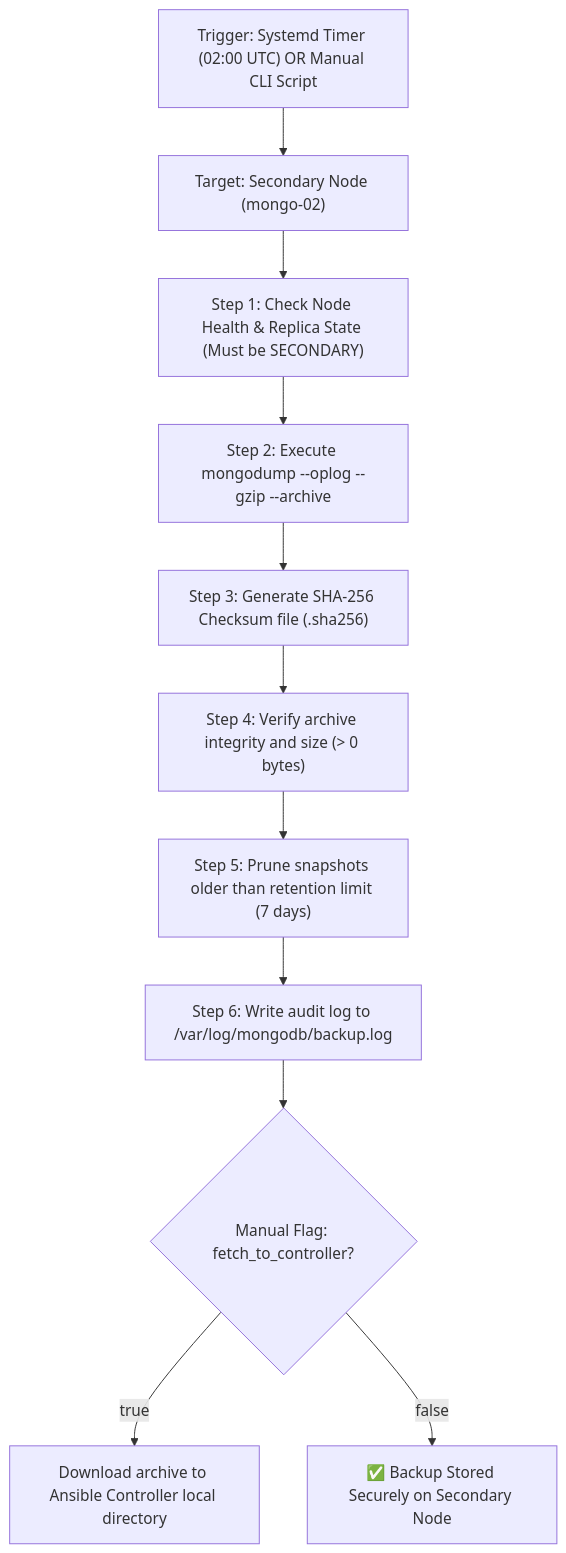
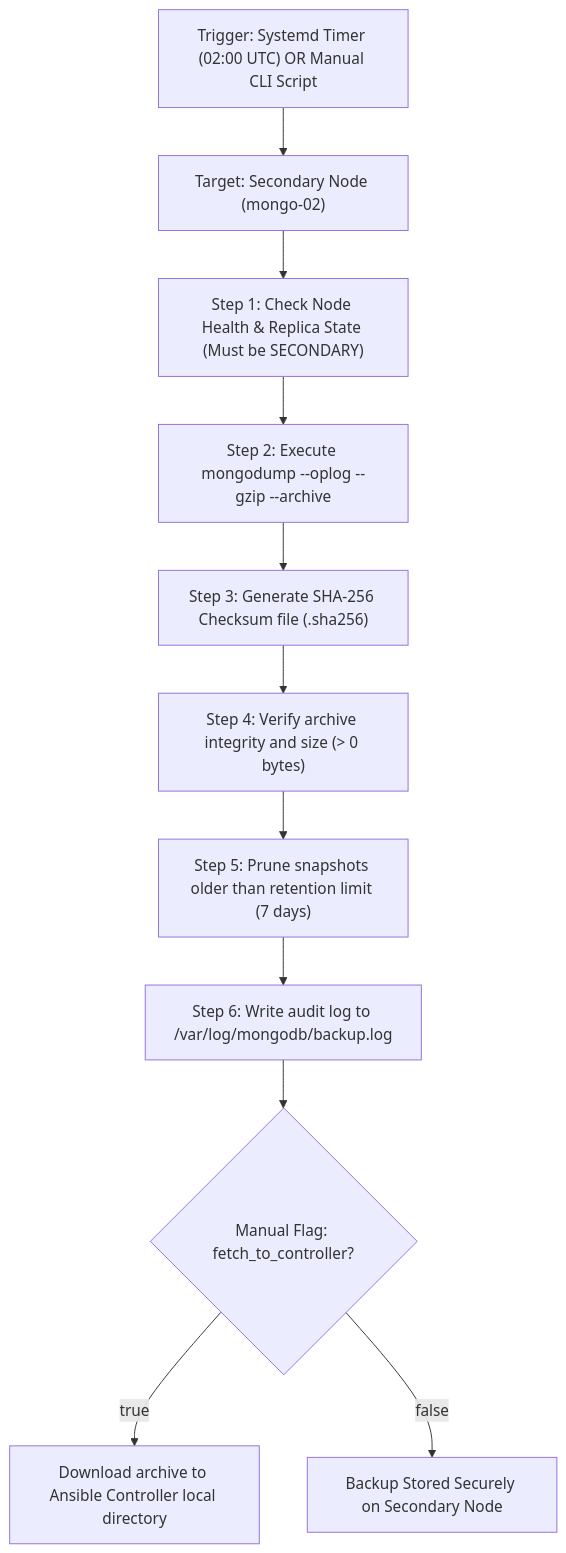
The fourth of 6 diagrams in mongodb-enterprise-cluster/README.md (fahimahammed/db-house), drawn with Mermaid before and after one commit. The commit also changed other lines of this file and 1 other file, not shown here.

Commit message:
feat: Update README to simplify system architecture section and replace diagram with image

````diff
--- a/mongodb-enterprise-cluster/README.md
+++ b/mongodb-enterprise-cluster/README.md
@@ -197,17 +137,17 @@
 ```mermaid
 flowchart TD
     Trigger["Trigger: Systemd Timer (02:00 UTC) OR Manual CLI Script"] --> TargetNode["Target: Secondary Node (mongo-02)"]
     
     TargetNode --> Step1["Step 1: Check Node Health & Replica State (Must be SECONDARY)"]
     Step1 --> Step2["Step 2: Execute mongodump --oplog --gzip --archive"]
     
     Step2 --> Step3["Step 3: Generate SHA-256 Checksum file (.sha256)"]
     Step3 --> Step4["Step 4: Verify archive integrity and size (> 0 bytes)"]
     
     Step4 --> Step5["Step 5: Prune snapshots older than retention limit (7 days)"]
     Step5 --> Step6["Step 6: Write audit log to /var/log/mongodb/backup.log"]
     
     Step6 --> OptionalFetch{"Manual Flag: fetch_to_controller?"}
     OptionalFetch -->|"true"| ControllerDownload["Download archive to Ansible Controller local directory"]
-    OptionalFetch -->|"false"| Finish["✅ Backup Stored Securely on Secondary Node"]
+    OptionalFetch -->|"false"| Finish["Backup Stored Securely on Secondary Node"]
 ```
````
